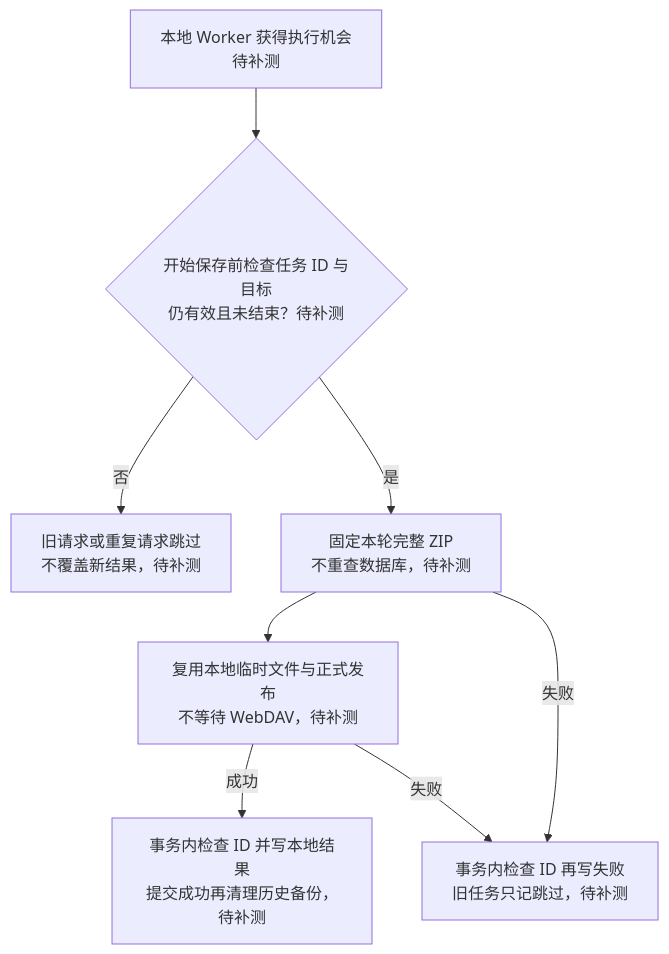
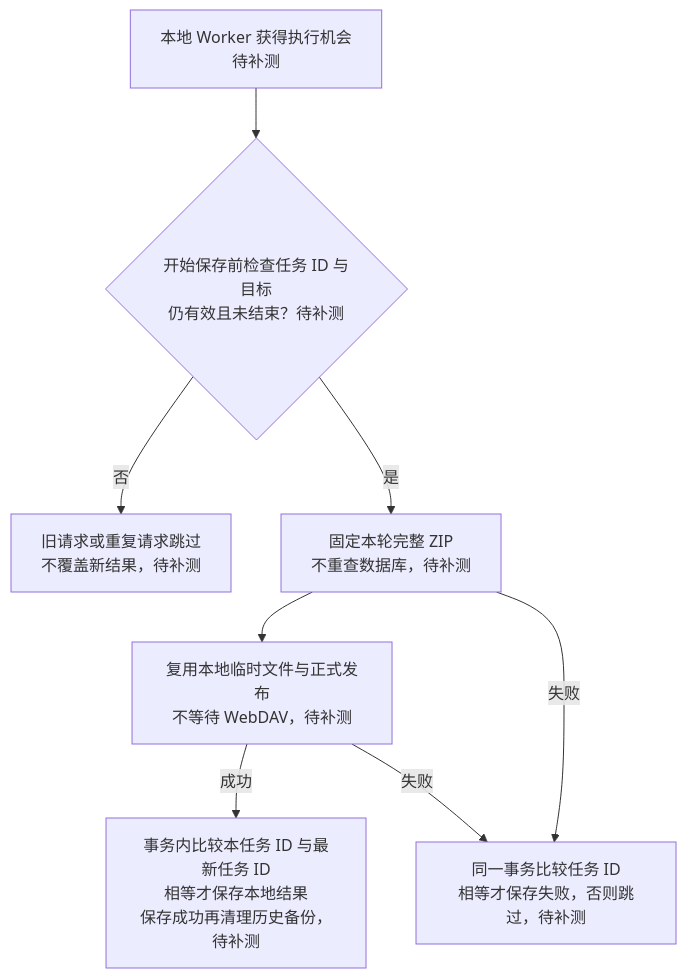
Before and after one commit to lwcla/ClipMaster: the second of 8 diagrams in docs/webdav_backup_plan.md, drawn with Mermaid. The commit also changed other lines of this file and 1 other file, not shown here.

````diff
--- a/docs/webdav_backup_plan.md
+++ b/docs/webdav_backup_plan.md
@@ -747,11 +748,11 @@
 ```mermaid
 %% title: 已确认待实施：本地独立保存
 flowchart TD
     Start["本地 Worker 获得执行机会<br/>待补测"] --> Check{"开始保存前检查任务 ID 与目标<br/>仍有效且未结束？待补测"}
     Check -->|否| Skip["旧请求或重复请求跳过<br/>不覆盖新结果，待补测"]
     Check -->|是| Read["固定本轮完整 ZIP<br/>不重查数据库，待补测"]
     Read --> Write["复用本地临时文件与正式发布<br/>不等待 WebDAV，待补测"]
-    Write -->|成功| Success["事务内检查 ID 并写本地结果<br/>提交成功再清理历史备份，待补测"]
-    Read -->|失败| Failure["事务内检查 ID 再写失败<br/>旧任务只记跳过，待补测"]
+    Write -->|成功| Success["事务内比较本任务 ID 与最新任务 ID<br/>相等才保存本地结果<br/>保存成功再清理历史备份，待补测"]
+    Read -->|失败| Failure["同一事务比较任务 ID<br/>相等才保存失败，否则跳过，待补测"]
     Write -->|失败| Failure
 ```
````
